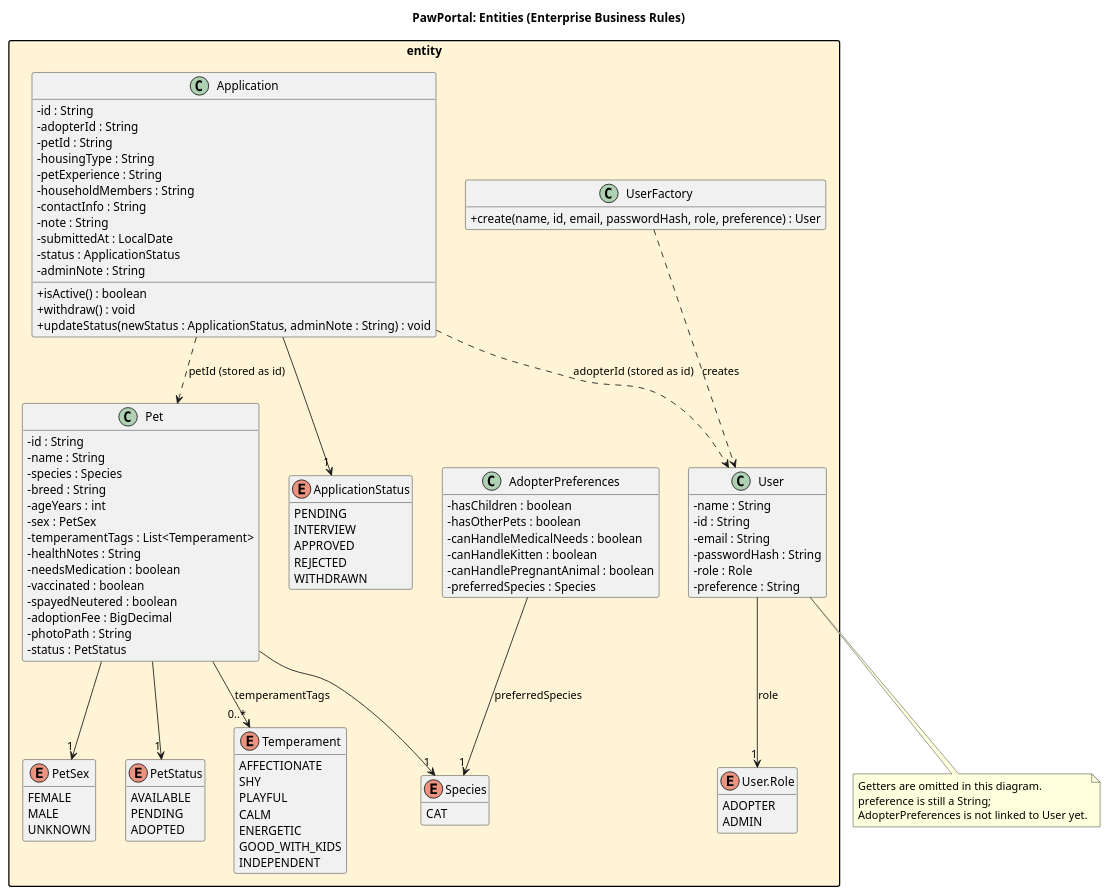
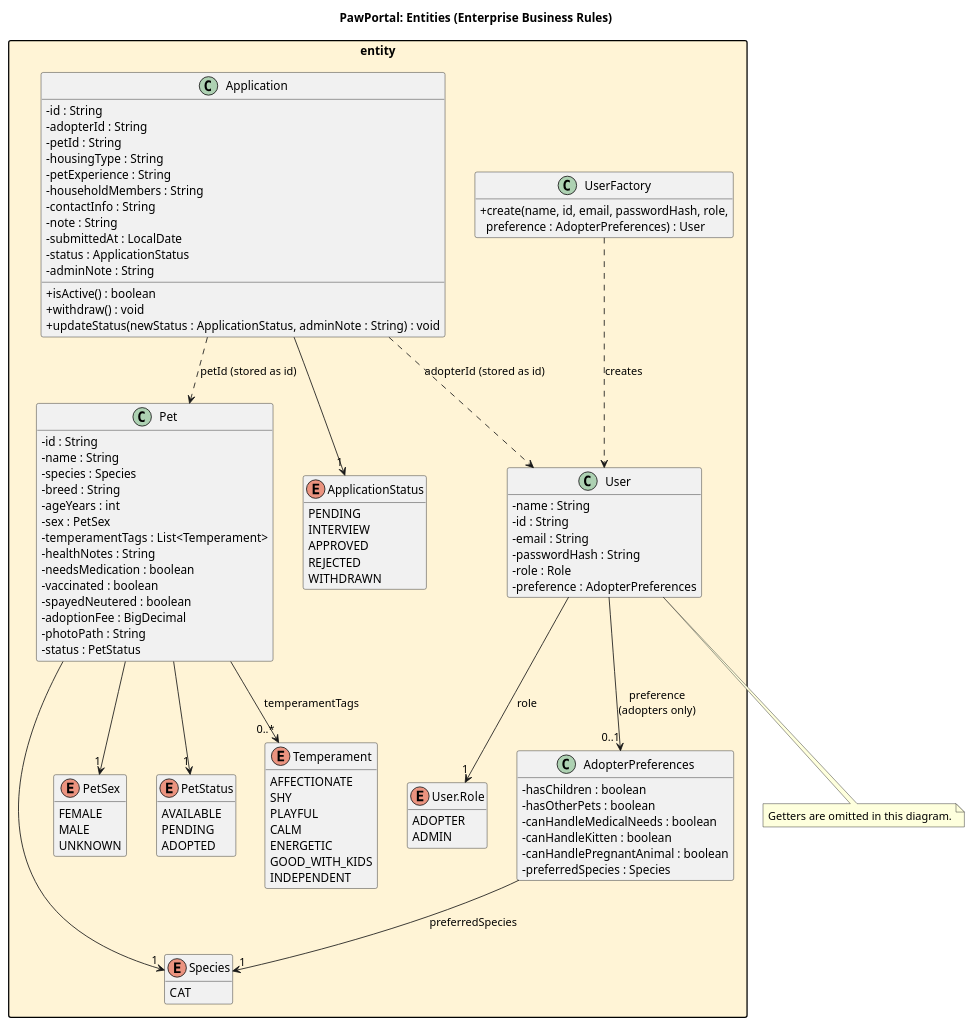
The diagram in docs/uml/entities.puml (CSC207-2025F-UofT/team-project), drawn with PlantUML before and after one commit. The commit also changed 3 other files, not shown here.

Commit message:
update entity and architecture diagrams to current main

```diff
--- a/docs/uml/entities.puml
+++ b/docs/uml/entities.puml
@@ -1,123 +1,123 @@
 @startuml entities
 title PawPortal: Entities (Enterprise Business Rules)
 
 skinparam classAttributeIconSize 0
 skinparam packageStyle rectangle
 hide empty members
 
 package "entity" #FFF4D6 {
 
   class User {
     - name : String
     - id : String
     - email : String
     - passwordHash : String
     - role : Role
-    - preference : String
+    - preference : AdopterPreferences
   }
 
   enum "User.Role" as Role {
     ADOPTER
     ADMIN
   }
 
   class UserFactory {
-    + create(name, id, email, passwordHash, role, preference) : User
+    + create(name, id, email, passwordHash, role,\n  preference : AdopterPreferences) : User
   }
 
   class AdopterPreferences {
     - hasChildren : boolean
     - hasOtherPets : boolean
     - canHandleMedicalNeeds : boolean
     - canHandleKitten : boolean
     - canHandlePregnantAnimal : boolean
     - preferredSpecies : Species
   }
 
   class Pet {
     - id : String
     - name : String
     - species : Species
     - breed : String
     - ageYears : int
     - sex : PetSex
     - temperamentTags : List<Temperament>
     - healthNotes : String
     - needsMedication : boolean
     - vaccinated : boolean
     - spayedNeutered : boolean
     - adoptionFee : BigDecimal
     - photoPath : String
     - status : PetStatus
   }
 
   enum Species {
     CAT
   }
 
   enum PetSex {
     FEMALE
     MALE
     UNKNOWN
   }
 
   enum PetStatus {
     AVAILABLE
     PENDING
     ADOPTED
   }
 
   enum Temperament {
     AFFECTIONATE
     SHY
     PLAYFUL
     CALM
     ENERGETIC
     GOOD_WITH_KIDS
     INDEPENDENT
   }
 
   class Application {
     - id : String
     - adopterId : String
     - petId : String
     - housingType : String
     - petExperience : String
     - householdMembers : String
     - contactInfo : String
     - note : String
     - submittedAt : LocalDate
     - status : ApplicationStatus
     - adminNote : String
     + isActive() : boolean
     + withdraw() : void
     + updateStatus(newStatus : ApplicationStatus, adminNote : String) : void
   }
 
   enum ApplicationStatus {
     PENDING
     INTERVIEW
     APPROVED
     REJECTED
     WITHDRAWN
   }
 }
 
 User --> "1" Role : role
 UserFactory ..> User : creates
 AdopterPreferences --> "1" Species : preferredSpecies
 Pet --> "1" Species
 Pet --> "1" PetSex
 Pet --> "1" PetStatus
 Pet --> "0..*" Temperament : temperamentTags
 Application --> "1" ApplicationStatus
 Application ..> User : adopterId (stored as id)
 Application ..> Pet : petId (stored as id)
 
+User --> "0..1" AdopterPreferences : preference\n(adopters only)
+
 note bottom of User
   Getters are omitted in this diagram.
-  preference is still a String;
-  AdopterPreferences is not linked to User yet.
 end note
 
 @enduml
```
